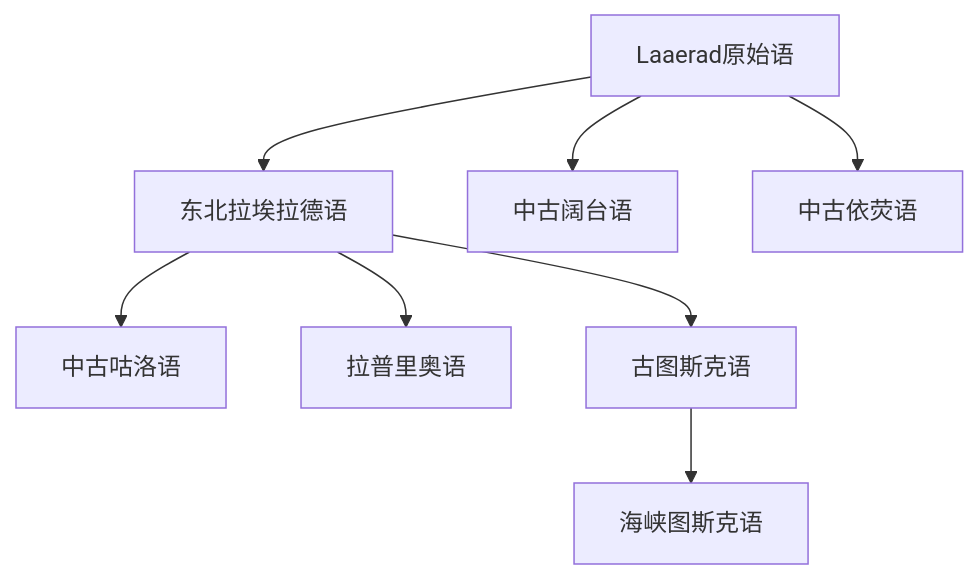
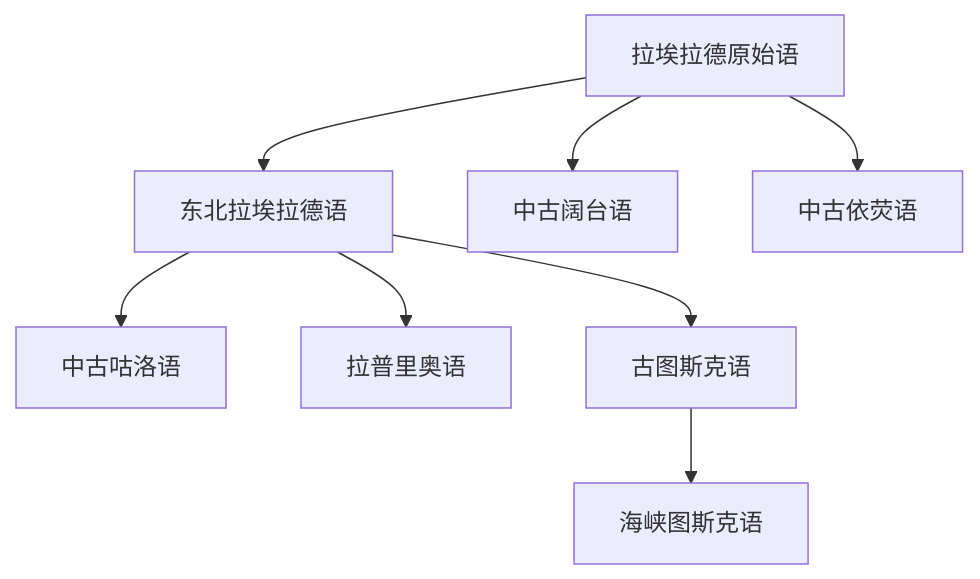
Before and after one commit to PhychiasLokDansk/Laaerad: the diagram in docs/拉埃拉德/laaerad 简介.md, drawn with Mermaid. The commit also changed other lines of this file, not shown here.

Commit message:
LAPTOP-UGNPREPA 2024-12-20:15:55:21

````diff
--- a/docs/拉埃拉德/laaerad 简介.md
+++ b/docs/拉埃拉德/laaerad 简介.md
@@ -112,10 +114,10 @@
 ```mermaid
 graph TD
-  A[Laaerad原始语] --> B[东北拉埃拉德语];
+  A[拉埃拉德原始语] --> B[东北拉埃拉德语];
   B --> C[中古咕洛语];
   B --> D[拉普里奥语];
   B --> E[古图斯克语];
   E --> F[海峡图斯克语];
   A --> G[中古阔台语];
   A --> H[中古依荧语];
 ```
````
